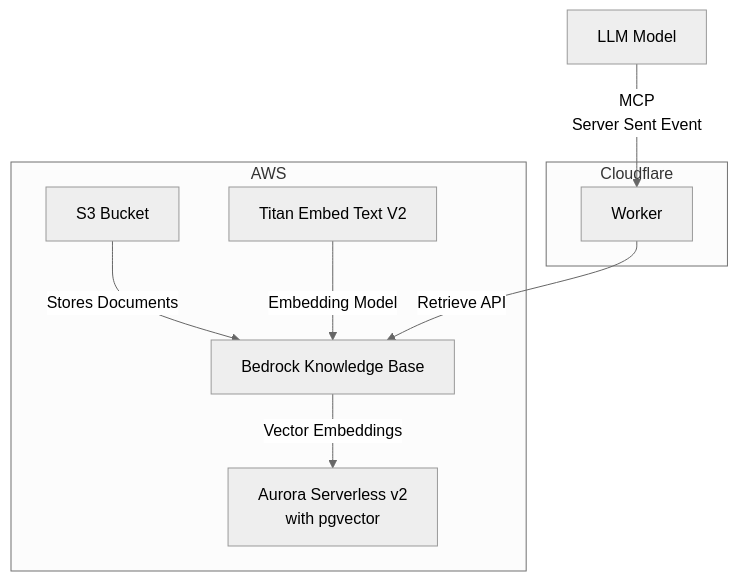
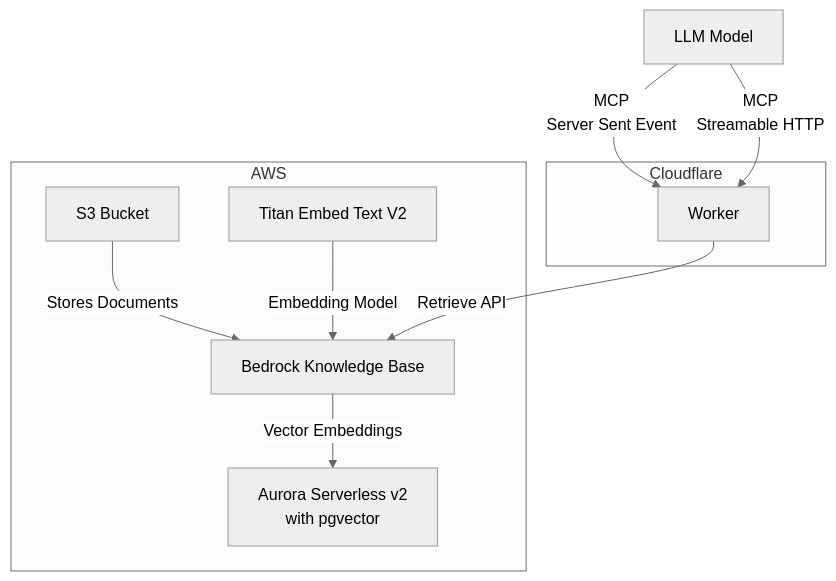
The diagram in README.md (daohoangson/aws-knowledge-base-mcp-server), drawn with Mermaid (neutral theme) before and after one commit. The commit also changed other lines of this file, not shown here.

````diff
--- a/README.md
+++ b/README.md
@@ -60,14 +62,15 @@
 ```mermaid
 graph TD
   subgraph AWS
     S3[S3 Bucket] -->|Stores Documents| KnowledgeBase
     TitanModel[Titan Embed Text V2] -->|Embedding Model| KnowledgeBase
     KnowledgeBase[Bedrock Knowledge Base] -->|Vector Embeddings| Aurora[Aurora Serverless v2<br />with pgvector]
   end
 
   subgraph Cloudflare
     Worker -->|Retrieve API| KnowledgeBase
   end
 
   LLM[LLM Model] -->|MCP<br />Server Sent Event| Worker
+  LLM -->|MCP<br />Streamable HTTP| Worker
 ```
````
